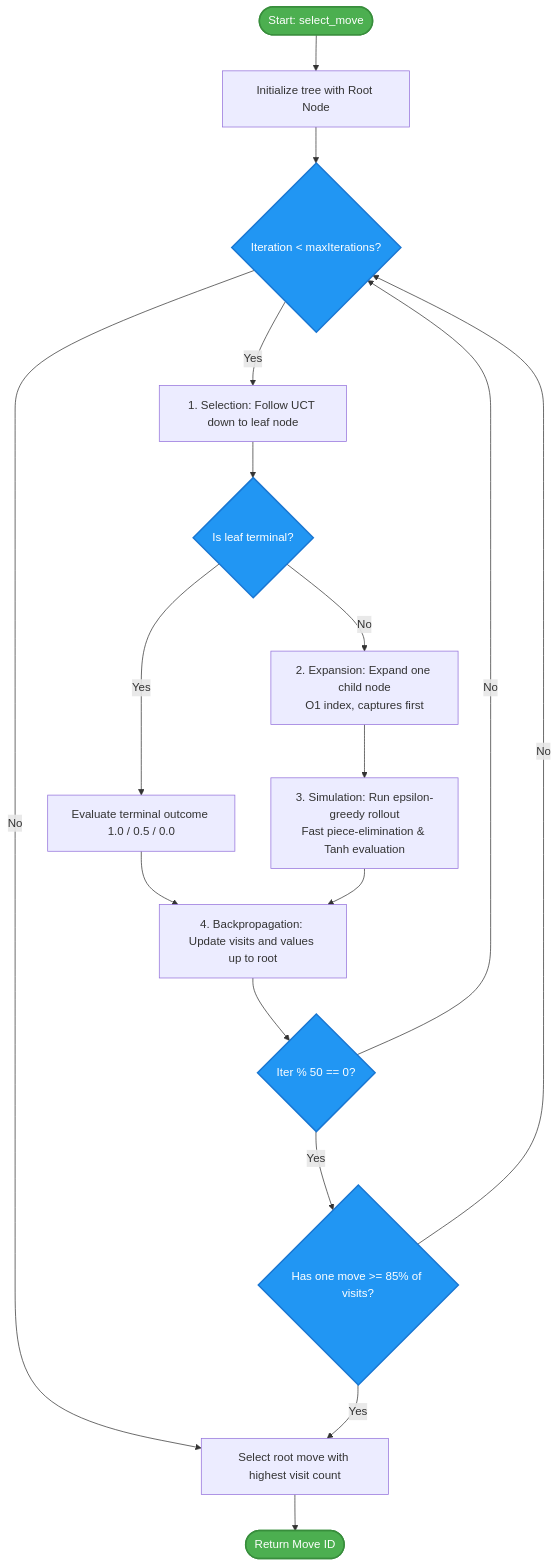
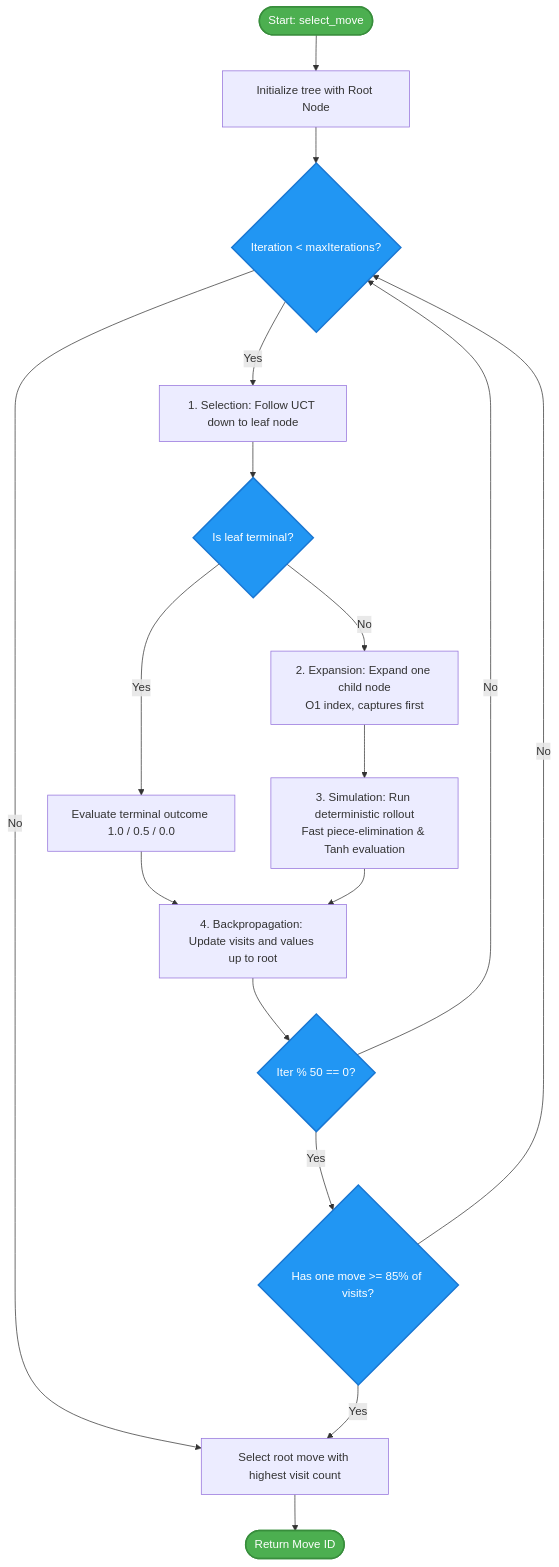
Before and after one commit to hamedzurat/kribu: the diagram in doc/mcts_player.md, drawn with Mermaid. The commit also changed other lines of this file and 9 other files, not shown here.

````diff
--- a/doc/mcts_player.md
+++ b/doc/mcts_player.md
@@ -71,31 +65,31 @@
 ```mermaid
 flowchart TD
     Start([Start: select_move]) --> InitTree[Initialize tree with Root Node]
     InitTree --> LoopStart{Iteration < maxIterations?}
 
     LoopStart -- No --> PickBest[Select root move with highest visit count]
     PickBest --> End([Return Move ID])
 
     LoopStart -- Yes --> Select[1. Selection: Follow UCT down to leaf node]
     Select --> Terminal{Is leaf terminal?}
 
     Terminal -- Yes --> EvalTerminal[Evaluate terminal outcome 1.0 / 0.5 / 0.0]
     EvalTerminal --> Backpropagate
 
     Terminal -- No --> Expand[2. Expansion: Expand one child node<br/>O1 index, captures first]
-    Expand --> Simulate[3. Simulation: Run epsilon-greedy rollout<br/>Fast piece-elimination & Tanh evaluation]
+    Expand --> Simulate[3. Simulation: Run deterministic rollout<br/>Fast piece-elimination & Tanh evaluation]
     Simulate --> Backpropagate[4. Backpropagation: Update visits and values up to root]
 
     Backpropagate --> EarlyCheck{Iter % 50 == 0?}
     EarlyCheck -- Yes --> ShouldTerm{Has one move >= 85% of visits?}
     ShouldTerm -- Yes --> PickBest
     ShouldTerm -- No --> LoopStart
     EarlyCheck -- No --> LoopStart
 
     style Start fill:#4CAF50,stroke:#388E3C,stroke-width:2px,color:#fff
     style LoopStart fill:#2196F3,stroke:#1976D2,stroke-width:2px,color:#fff
     style Terminal fill:#2196F3,stroke:#1976D2,stroke-width:2px,color:#fff
     style EarlyCheck fill:#2196F3,stroke:#1976D2,stroke-width:2px,color:#fff
     style ShouldTerm fill:#2196F3,stroke:#1976D2,stroke-width:2px,color:#fff
     style End fill:#4CAF50,stroke:#388E3C,stroke-width:2px,color:#fff
 ```
````
